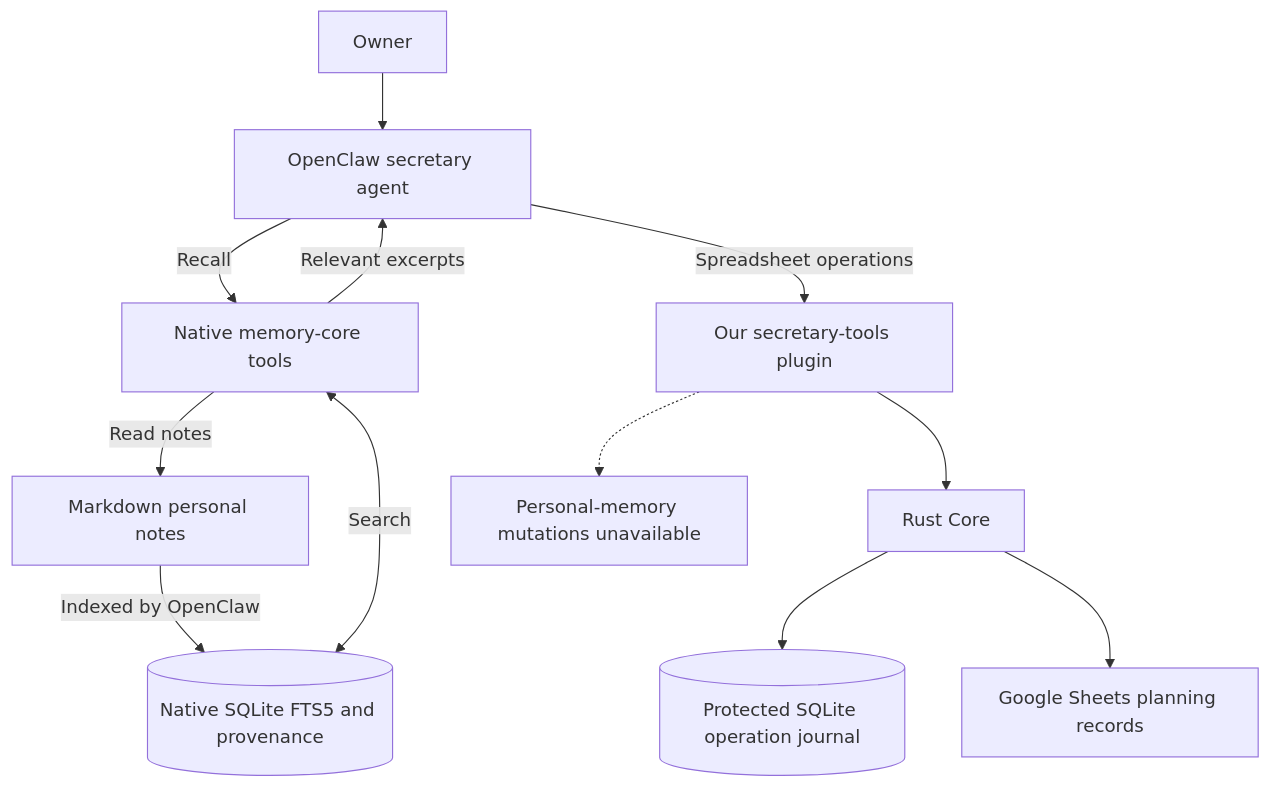
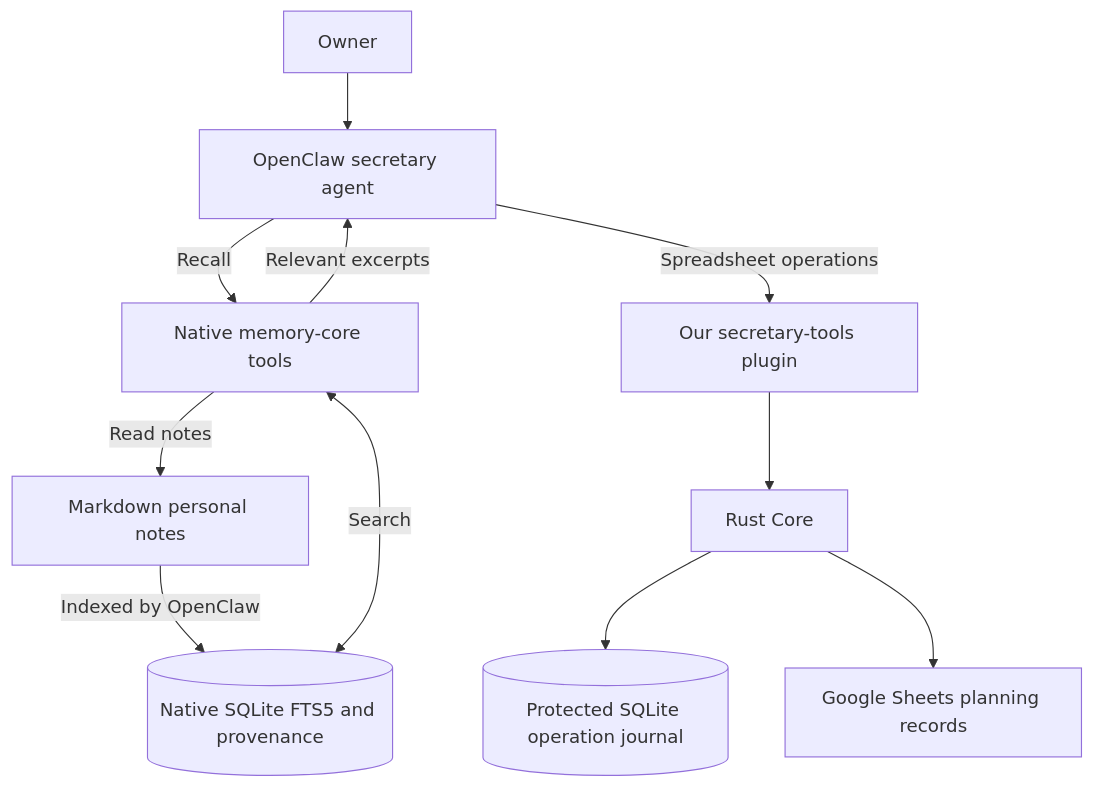
Before and after one commit to gdochadipa/ciel: the first of 2 diagrams in docs/architecture.md, drawn with Mermaid. The commit also changed other lines of this file and 20 other files, not shown here.

Commit message:
Delegate personal memory to OpenClaw and enforce verification gates

````diff
--- a/docs/architecture.md
+++ b/docs/architecture.md
@@ -15,14 +15,13 @@
 ```mermaid
 flowchart TD
     Owner[Owner] --> Agent[OpenClaw secretary agent]
     Agent -->|Recall| Native[Native memory-core tools]
     Native -->|Read notes| Notes[Markdown personal notes]
     Notes -->|Indexed by OpenClaw| Index[(Native SQLite FTS5 and provenance)]
     Native <-->|Search| Index
     Native -->|Relevant excerpts| Agent
     Agent -->|Spreadsheet operations| Plugin[Our secretary-tools plugin]
     Plugin --> Core[Rust Core]
     Core --> Journal[(Protected SQLite operation journal)]
     Core --> Sheets[Google Sheets planning records]
-    Plugin -.-> Pending[Personal-memory mutations unavailable]
 ```
````
